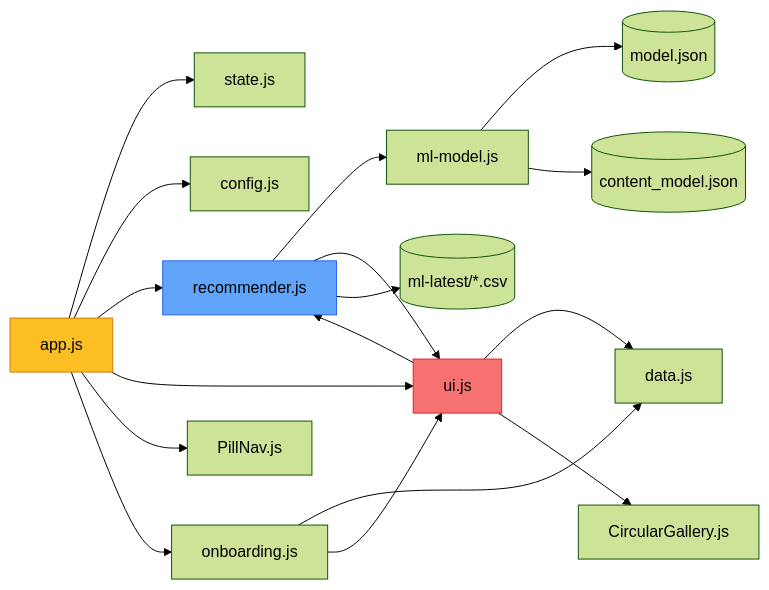
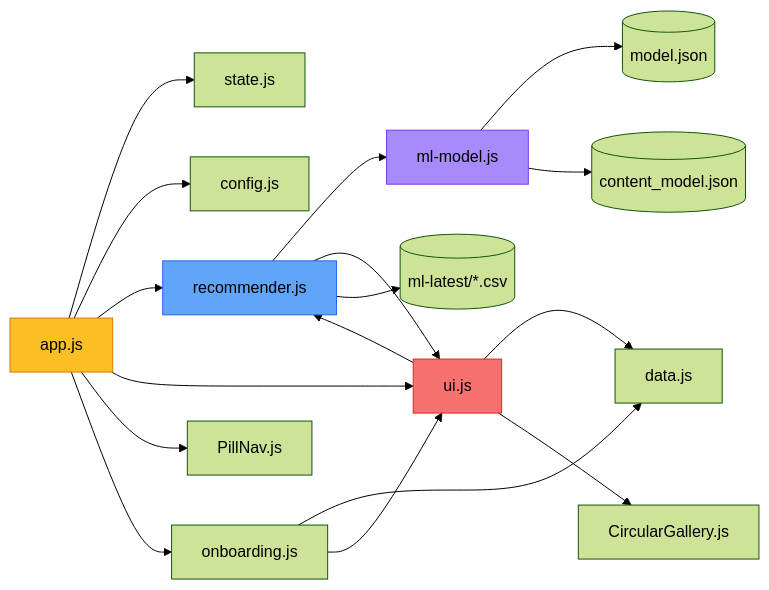
Before and after one commit to 4-thkind/Movie-Recommendation-Model: the tenth of 10 diagrams in README.md, drawn with Mermaid (forest theme). The commit also changed other lines of this file, not shown here.

````diff
--- a/README.md
+++ b/README.md
@@ -477,26 +539,27 @@
 ```mermaid
 flowchart LR
     APP[app.js] --> STATE[state.js]
     APP --> CFG[config.js]
     APP --> REC[recommender.js]
     APP --> UI[ui.js]
     APP --> NAV[PillNav.js]
     APP --> OB[onboarding.js]
 
     REC --> ML[ml-model.js]
     REC --> UI
     ML --> MJ[(model.json)]
     ML --> CJ[(content_model.json)]
     REC --> CSV[(ml-latest/*.csv)]
 
     UI --> DATA[data.js]
     UI --> CG[CircularGallery.js]
     UI --> REC
 
     OB --> DATA
     OB --> UI
 
     style APP fill:#fbbf24,stroke:#d97706,color:#000
     style REC fill:#60a5fa,stroke:#2563eb,color:#000
-    style UI fill:#f87171,stroke:#dc2626,color:#000
+    style ML  fill:#a78bfa,stroke:#7c3aed,color:#000
+    style UI  fill:#f87171,stroke:#dc2626,color:#000
 ```
````
